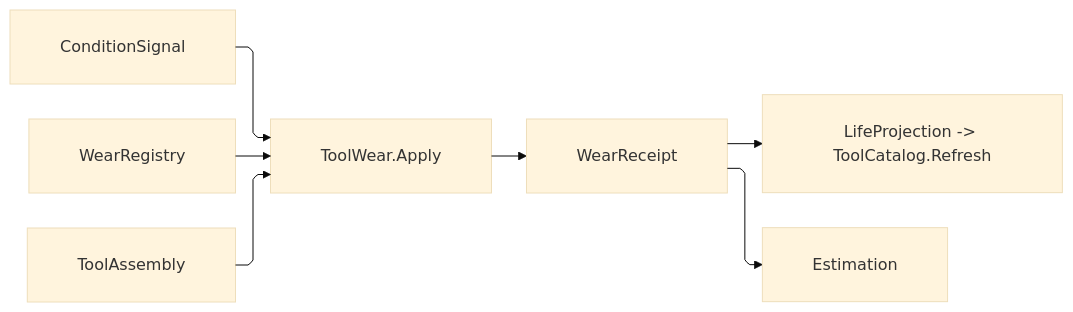
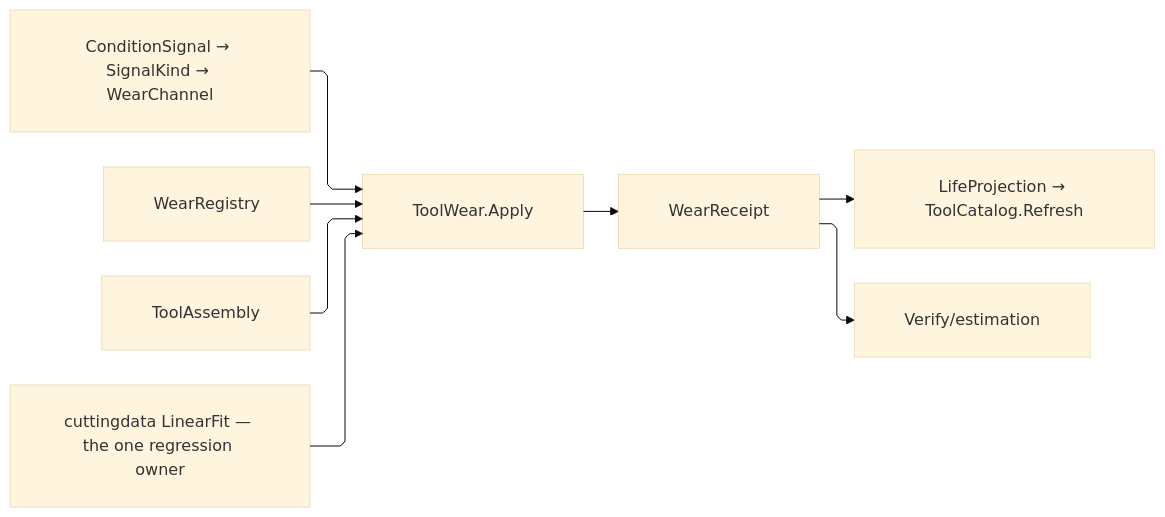
The diagram in libs/csharp/Rasm.Fabrication/.planning/Tooling/wear.md (bsamiee/Rasm), drawn with Mermaid (base theme) before and after one commit. The commit also changed other lines of this file and 747 other files, not shown here.

````diff
--- a/libs/csharp/Rasm.Fabrication/.planning/Tooling/wear.md
+++ b/libs/csharp/Rasm.Fabrication/.planning/Tooling/wear.md
@@ -856,18 +1095,19 @@
 ```mermaid
 ---
 config:
   layout: elk
   flowchart:
     curve: linear
     padding: 25
 ---
 flowchart LR
     accTitle: Tool-wear composition
-    accDescr: Condition signals and registry policy produce wear receipts and life projections for catalog refresh.
-    Signals["ConditionSignal"] --> Wear["ToolWear.Apply"]
+    accDescr: Condition signals and registry policy produce wear receipts and life projections for catalog refresh, with the trajectory and Taylor fits both riding the one shared regression owner.
+    Signals["ConditionSignal → SignalKind → WearChannel"] --> Wear["ToolWear.Apply"]
     Registry["WearRegistry"] --> Wear
     Assembly["ToolAssembly"] --> Wear
+    Fit["cuttingdata LinearFit — the one regression owner"] --> Wear
     Wear --> Receipt["WearReceipt"]
-    Receipt --> Magazine["LifeProjection -> ToolCatalog.Refresh"]
-    Receipt --> Estimate["Estimation"]
+    Receipt --> Magazine["LifeProjection → ToolCatalog.Refresh"]
+    Receipt --> Estimate["Verify/estimation"]
 ```
````
